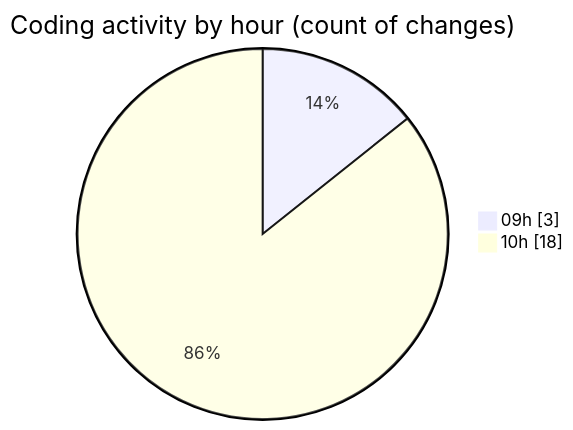
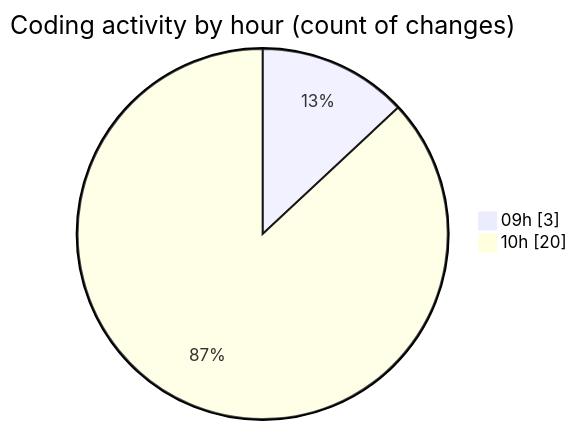
The second of 2 diagrams in 2025-05-19/ecodeli-1/README.md (CELIANVF/code-tracking), drawn with Mermaid before and after one commit. The commit also changed other lines of this file and 1 other file, not shown here.

````diff
--- a/2025-05-19/ecodeli-1/README.md
+++ b/2025-05-19/ecodeli-1/README.md
@@ -38,6 +40,6 @@
 ```mermaid
 pie showData
 title Coding activity by hour (count of changes)
 "09h" : 3
-"10h" : 18
+"10h" : 20
 ```
````
